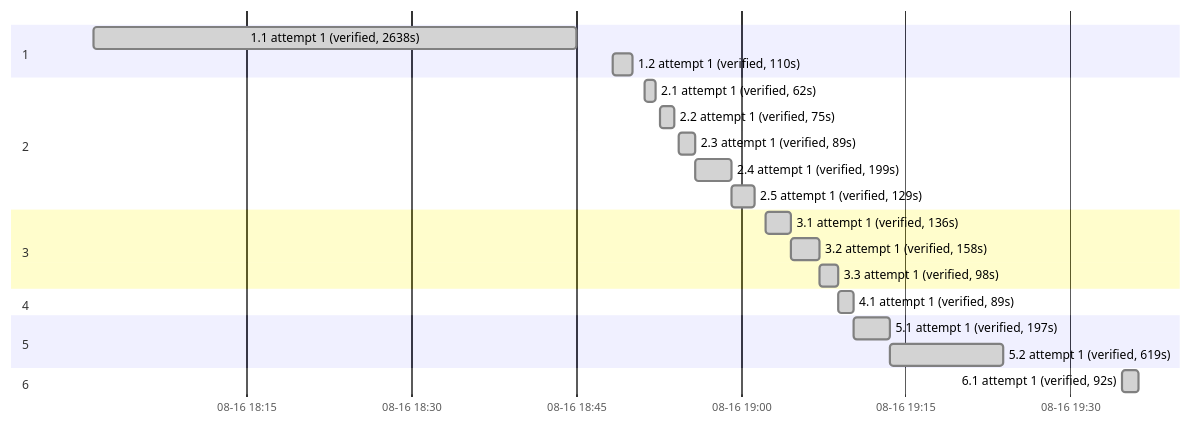
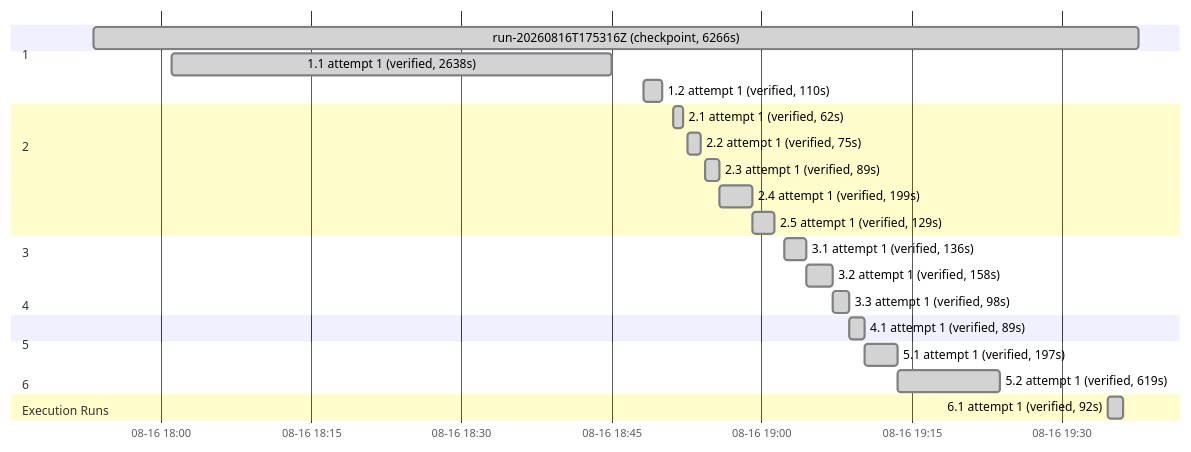
One commit to sohampatwardhan/MoodLightPi changed the second of 2 diagrams in .specs/preact-frontend/05_execution.md. Above: the diagram before and after it, drawn with Mermaid. The commit also changed other lines of this file and 3 other files, not shown here.

````diff
--- a/.specs/preact-frontend/05_execution.md
+++ b/.specs/preact-frontend/05_execution.md
@@ -197,25 +213,27 @@
 ```mermaid
 gantt
     dateFormat YYYY-MM-DDTHH:mm:ss
     axisFormat %m-%d %H:%M
+    section Execution Runs
+    run-20260816T175316Z (checkpoint, 6266s) :done, run_20260816T175316Z, 2026-08-16T17:53:16, 2026-08-16T19:37:42
     section 1
     1.1 attempt 1 (verified, 2638s) :done, b_1_1_attempt1, 2026-08-16T18:01:04, 2026-08-16T18:45:02
     1.2 attempt 1 (verified, 110s) :done, b_1_2_attempt1, 2026-08-16T18:48:17, 2026-08-16T18:50:07
     section 2
     2.1 attempt 1 (verified, 62s) :done, b_2_1_attempt1, 2026-08-16T18:51:11, 2026-08-16T18:52:13
     2.2 attempt 1 (verified, 75s) :done, b_2_2_attempt1, 2026-08-16T18:52:39, 2026-08-16T18:53:54
     2.3 attempt 1 (verified, 89s) :done, b_2_3_attempt1, 2026-08-16T18:54:20, 2026-08-16T18:55:49
     2.4 attempt 1 (verified, 199s) :done, b_2_4_attempt1, 2026-08-16T18:55:49, 2026-08-16T18:59:08
     2.5 attempt 1 (verified, 129s) :done, b_2_5_attempt1, 2026-08-16T18:59:08, 2026-08-16T19:01:17
     section 3
     3.1 attempt 1 (verified, 136s) :done, b_3_1_attempt1, 2026-08-16T19:02:17, 2026-08-16T19:04:33
     3.2 attempt 1 (verified, 158s) :done, b_3_2_attempt1, 2026-08-16T19:04:33, 2026-08-16T19:07:11
     3.3 attempt 1 (verified, 98s) :done, b_3_3_attempt1, 2026-08-16T19:07:11, 2026-08-16T19:08:49
     section 4
     4.1 attempt 1 (verified, 89s) :done, b_4_1_attempt1, 2026-08-16T19:08:49, 2026-08-16T19:10:18
     section 5
     5.1 attempt 1 (verified, 197s) :done, b_5_1_attempt1, 2026-08-16T19:10:18, 2026-08-16T19:13:35
     5.2 attempt 1 (verified, 619s) :done, b_5_2_attempt1, 2026-08-16T19:13:35, 2026-08-16T19:23:54
     section 6
     6.1 attempt 1 (verified, 92s) :done, b_6_1_attempt1, 2026-08-16T19:34:39, 2026-08-16T19:36:11
 ```
````
